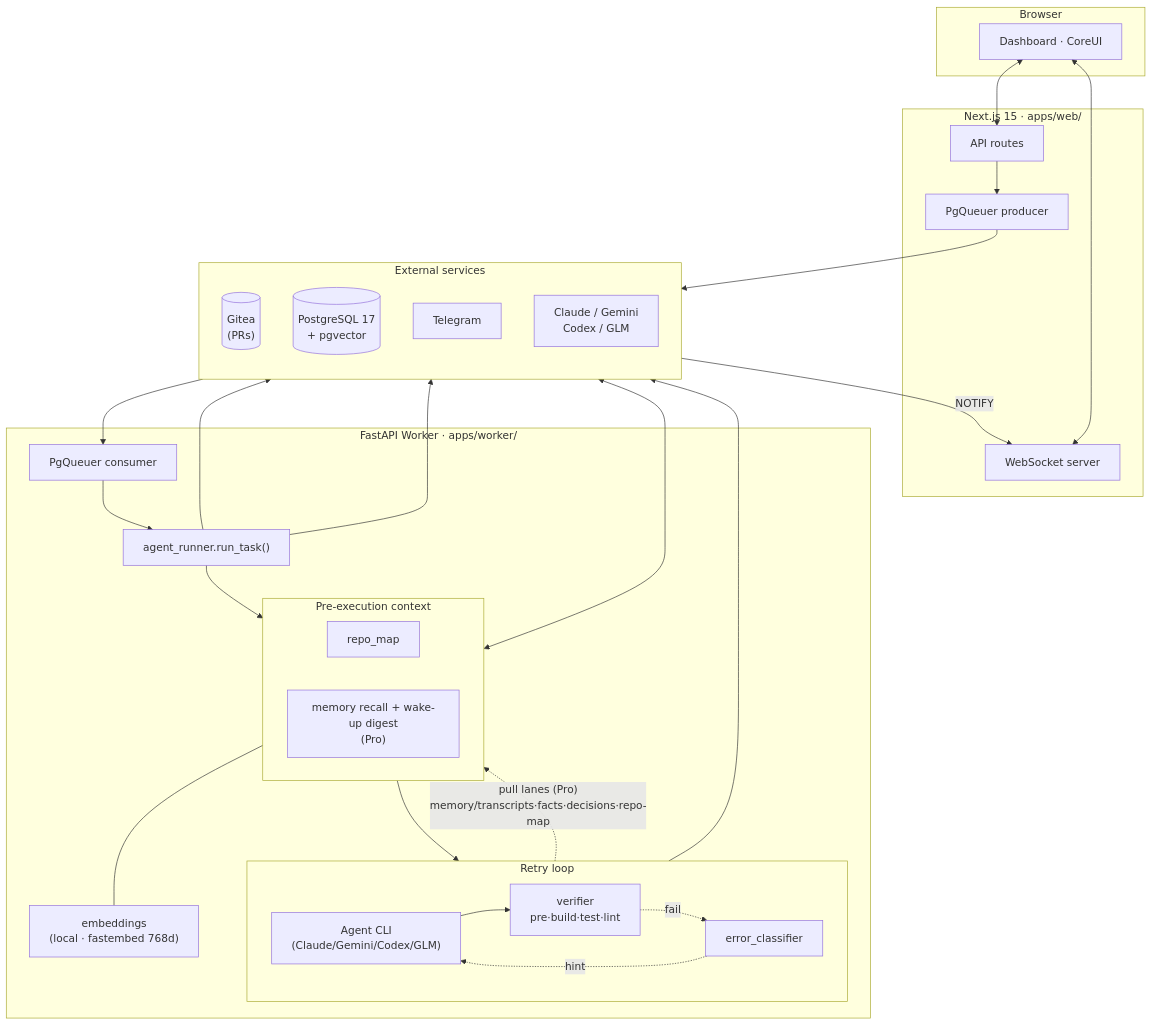
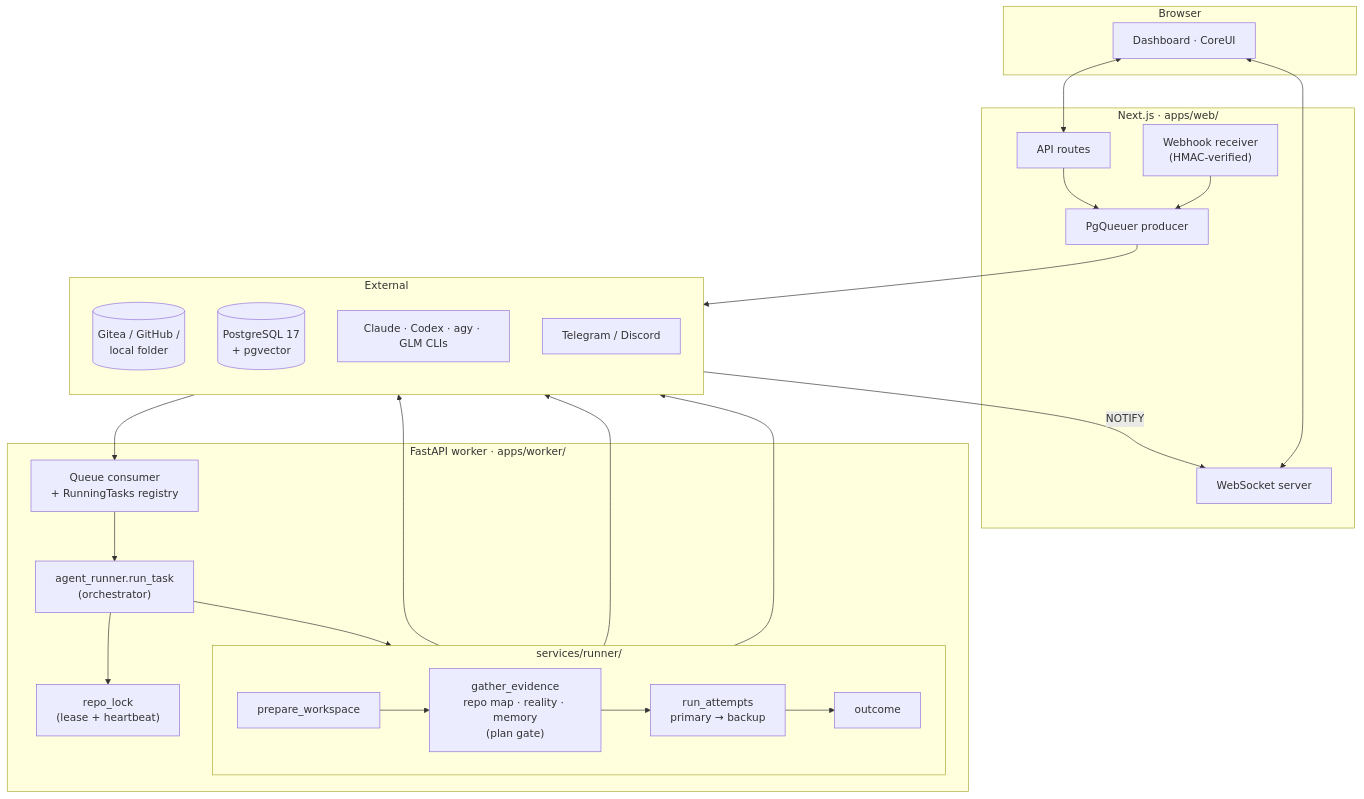
One commit to sergiovision/DevServer changed the first of 2 diagrams in README.md. Above: the diagram before and after it, drawn with Mermaid. The commit also changed other lines of this file and 176 other files, not shown here.

Commit message:
version 1.0.18.  Plan Gate, Task notes, Models:  Haiku 5.5 and Gemini 4 Argon

````diff
--- a/README.md
+++ b/README.md
@@ -335,52 +281,43 @@
 ```mermaid
 flowchart TB
   subgraph browser["Browser"]
     Dash["Dashboard · CoreUI"]
   end
 
-  subgraph web["Next.js 15 · apps/web/"]
+  subgraph web["Next.js · apps/web/"]
     API["API routes"]
     WS["WebSocket server"]
     Prod["PgQueuer producer"]
+    Hook["Webhook receiver<br/>(HMAC-verified)"]
   end
 
-  subgraph worker["FastAPI Worker · apps/worker/"]
-    Cons["PgQueuer consumer"]
-    Runner["agent_runner.run_task()"]
-    Emb["embeddings<br/>(local · fastembed 768d)"]
-    subgraph ctx["Pre-execution context"]
+  subgraph worker["FastAPI worker · apps/worker/"]
+    Cons["Queue consumer<br/>+ RunningTasks registry"]
+    Orch["agent_runner.run_task<br/>(orchestrator)"]
+    subgraph runner["services/runner/"]
       direction LR
-      RM["repo_map"]
-      KB["memory recall + wake-up digest<br/>(Pro)"]
+      Prep["prepare_workspace"] --> Ev["gather_evidence<br/>repo map · reality · memory<br/>(plan gate)"] --> Att["run_attempts<br/>primary → backup"] --> Out["outcome"]
     end
-    subgraph loop["Retry loop"]
-      direction LR
-      CLI["Agent CLI<br/>(Claude/Gemini/Codex/GLM)"]
-      VER["verifier<br/>pre·build·test·lint"]
-      EC["error_classifier"]
-      CLI --> VER
-      VER -.fail.-> EC -.hint.-> CLI
-    end
-    Runner --> ctx --> loop
-    CLI -. "pull lanes (Pro)<br/>memory/transcripts·facts·decisions·repo-map" .-> KB
-    KB --- Emb
+    Lock["repo_lock<br/>(lease + heartbeat)"]
+    Orch --> Lock
+    Orch --> runner
   end
 
-  subgraph ext["External services"]
+  subgraph ext["External"]
     direction TB
-    Gitea[("Gitea<br/>(PRs)")]
-    PG2[("PostgreSQL 17<br/>+ pgvector")]
-    TG["Telegram"]
-    Agents["Claude / Gemini<br/>Codex / GLM"]
+    Git[("Gitea / GitHub /<br/>local folder")]
+    PG[("PostgreSQL 17<br/>+ pgvector")]
+    Agents["Claude · Codex · agy · GLM CLIs"]
+    TG["Telegram / Discord"]
   end
 
   Dash <--> API
   Dash <--> WS
-  API --> Prod --> PG2
-  PG2 --> Cons --> Runner
-  PG2 -- NOTIFY --> WS
-  KB <--> PG2
-  Runner --> Gitea
-  Runner --> TG
-  CLI --> Agents
+  Hook --> Prod
+  API --> Prod --> PG
+  PG --> Cons --> Orch
+  PG -- NOTIFY --> WS
+  Att --> Agents
+  Att --> Git
+  Out --> TG
 ```
````
